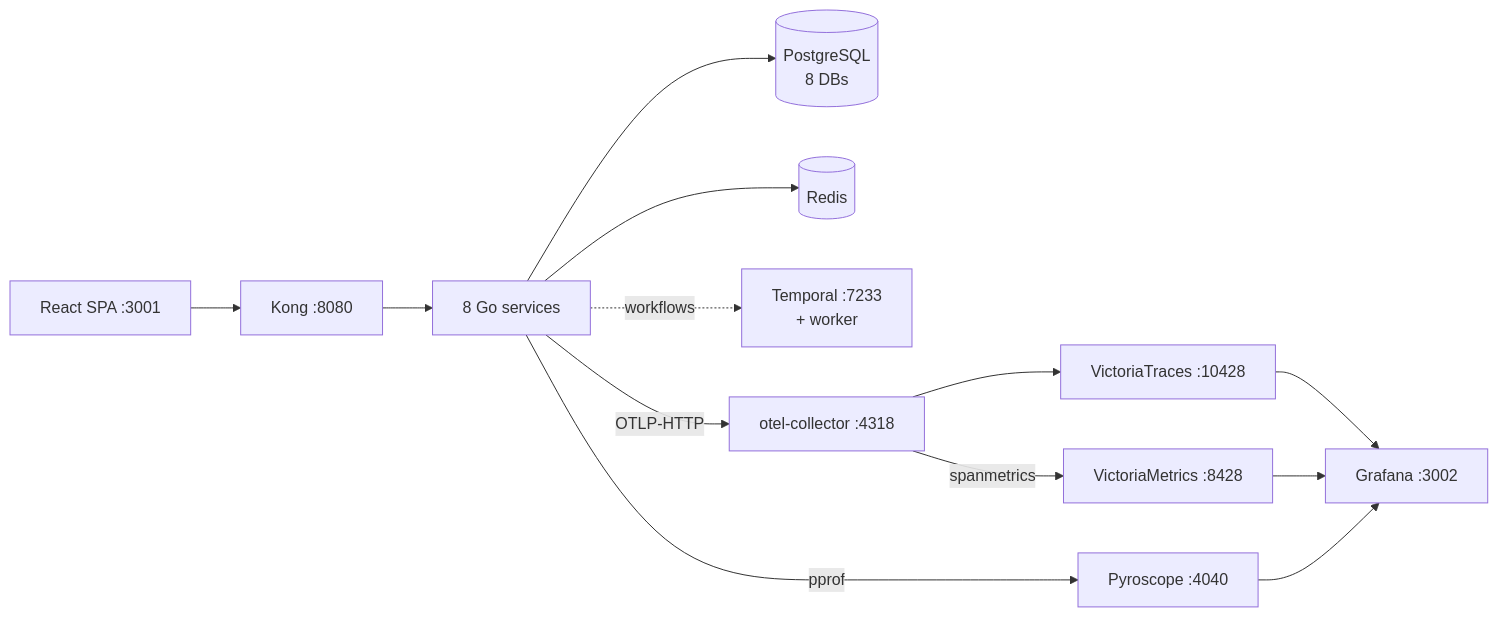
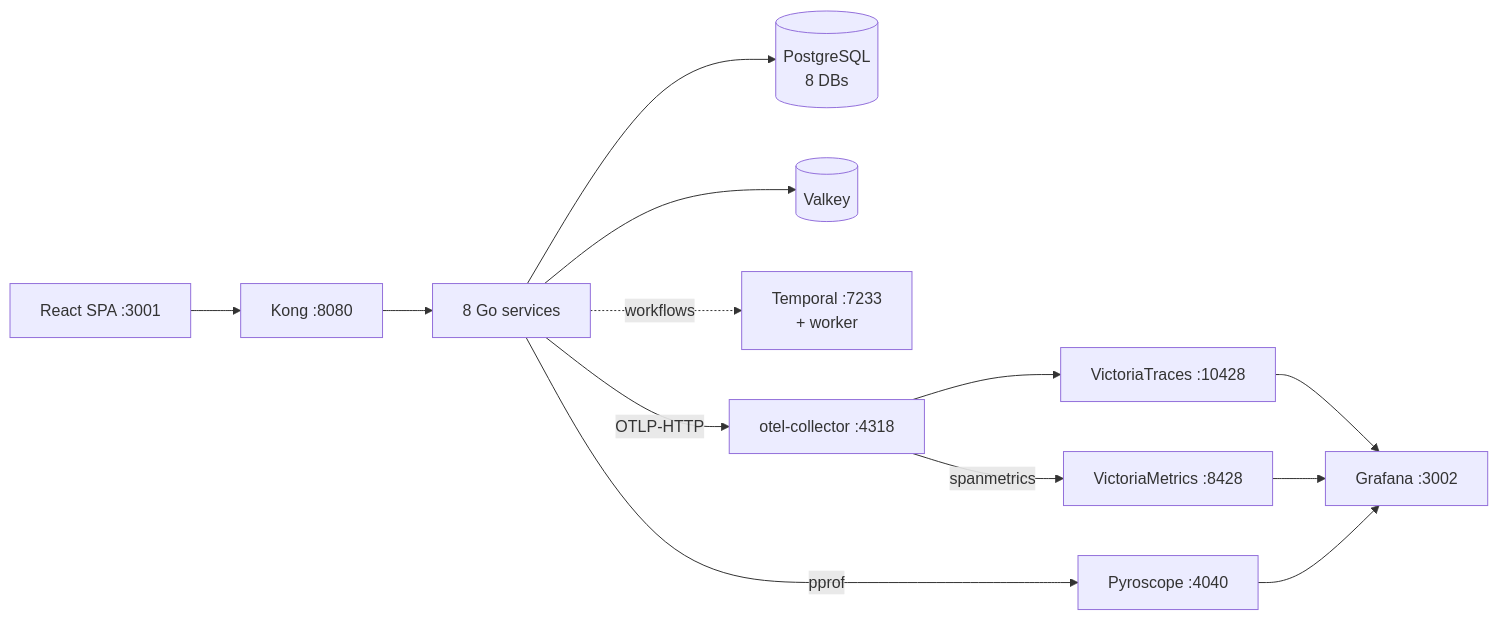
The first of 2 diagrams in local-stack/README.md (duynhlab/homelab), drawn with Mermaid before and after one commit. The commit also changed other lines of this file and 18 other files, not shown here.

````diff
--- a/local-stack/README.md
+++ b/local-stack/README.md
@@ -42,15 +42,15 @@
 ```mermaid
 flowchart LR
     SPA["React SPA :3001"] --> KONG["Kong :8080"]
     KONG --> SVC["8 Go services"]
     SVC --> PG[(PostgreSQL<br/>8 DBs)]
-    SVC --> REDIS[(Redis)]
+    SVC --> VALKEY[(Valkey)]
     SVC -. workflows .-> TMP["Temporal :7233<br/>+ worker"]
     SVC -- "OTLP-HTTP" --> COL["otel-collector :4318"]
     COL --> VT["VictoriaTraces :10428"]
     COL -->|spanmetrics| VM["VictoriaMetrics :8428"]
     VT --> GRAF["Grafana :3002"]
     VM --> GRAF
     SVC -- "pprof" --> PYRO["Pyroscope :4040"]
     PYRO --> GRAF
 ```
````
